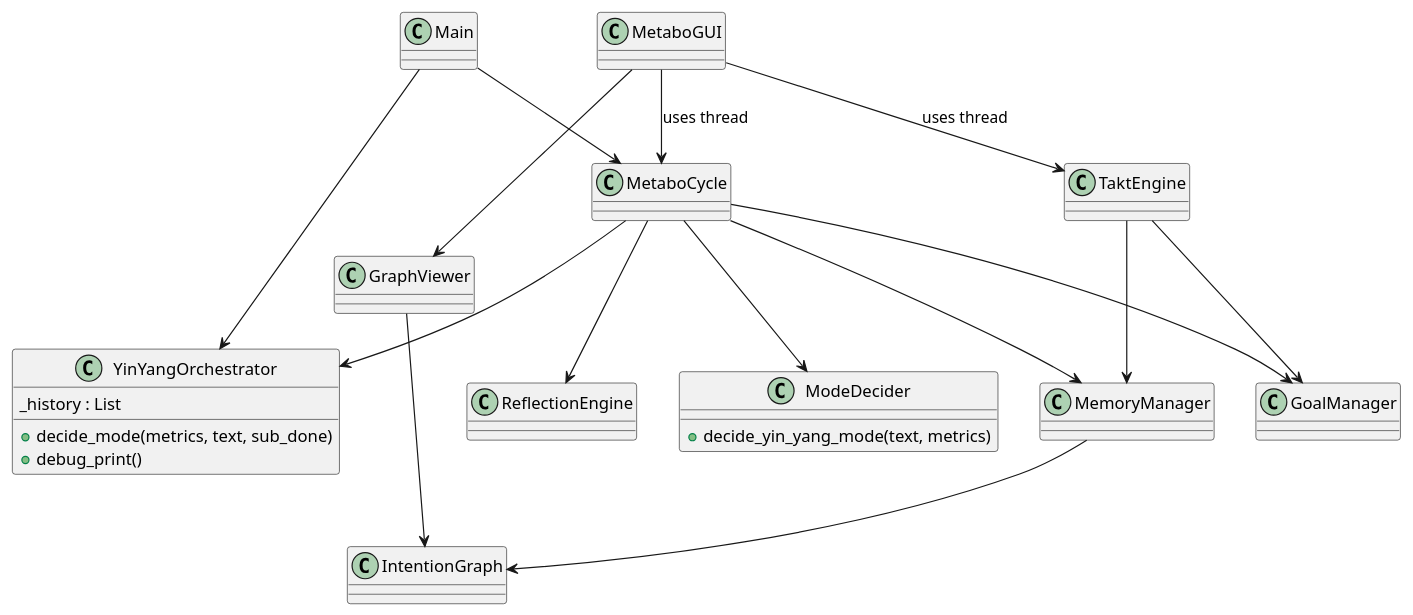
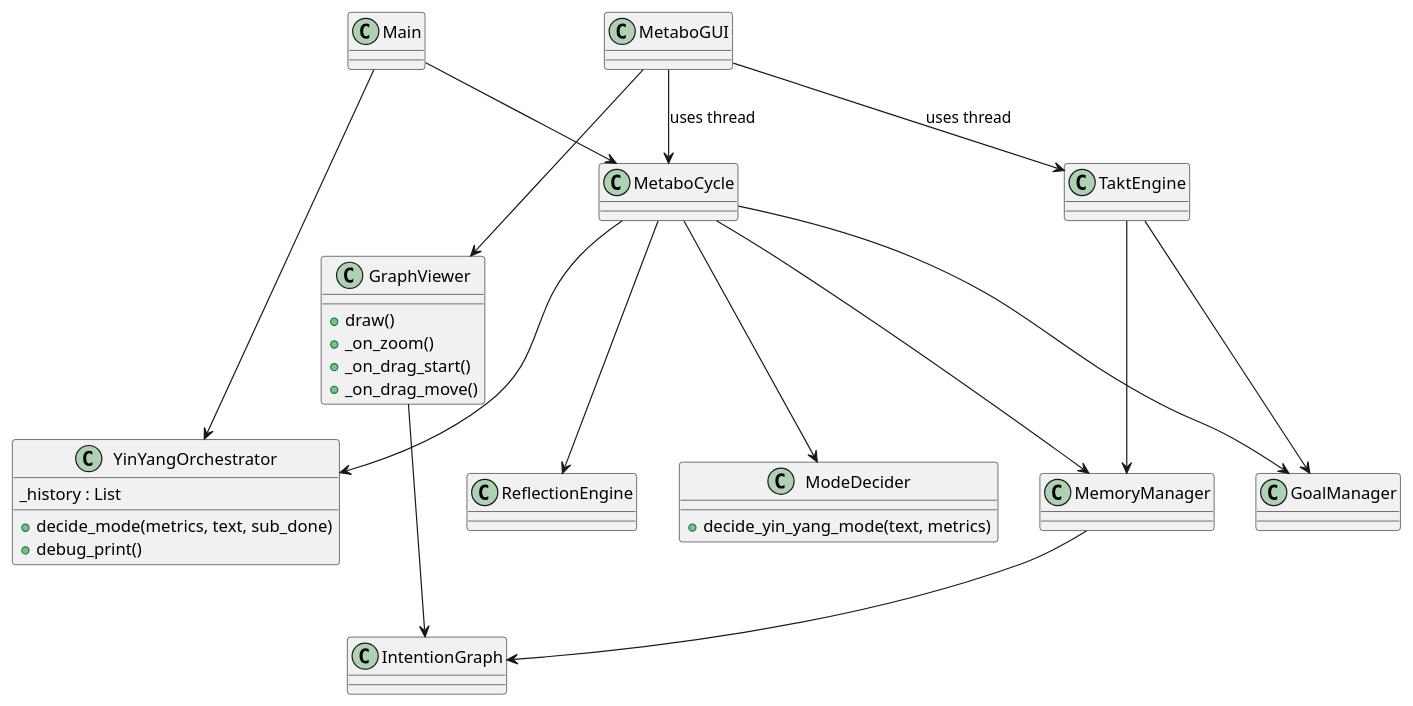
Before and after one commit to marcusreimold/MetaboMind: the diagram in doc/diagrams/class_diagram.puml, drawn with PlantUML. The commit also changed 4 other files, not shown here.

Commit message:
Improve graph viewer with panning (#65)

```diff
--- a/doc/diagrams/class_diagram.puml
+++ b/doc/diagrams/class_diagram.puml
@@ -1,31 +1,35 @@
 @startuml
 class Main
 class MetaboCycle
 class GoalManager
 class MemoryManager
 class IntentionGraph
 class ReflectionEngine
 class TaktEngine
 class YinYangOrchestrator
 class ModeDecider
 class MetaboGUI
 class GraphViewer
+GraphViewer : +draw()
+GraphViewer : +_on_zoom()
+GraphViewer : +_on_drag_start()
+GraphViewer : +_on_drag_move()
 YinYangOrchestrator : +decide_mode(metrics, text, sub_done)
 YinYangOrchestrator : +debug_print()
 YinYangOrchestrator : _history : List
 ModeDecider : +decide_yin_yang_mode(text, metrics)
 Main --> MetaboCycle
 MetaboCycle --> GoalManager
 MetaboCycle --> MemoryManager
 MetaboCycle --> ReflectionEngine
 MetaboCycle --> YinYangOrchestrator
 MetaboCycle --> ModeDecider
 MemoryManager --> IntentionGraph
 TaktEngine --> MemoryManager
 TaktEngine --> GoalManager
 Main --> YinYangOrchestrator
 MetaboGUI --> MetaboCycle : uses thread
 MetaboGUI --> TaktEngine : uses thread
 MetaboGUI --> GraphViewer
 GraphViewer --> IntentionGraph
 @enduml
```
